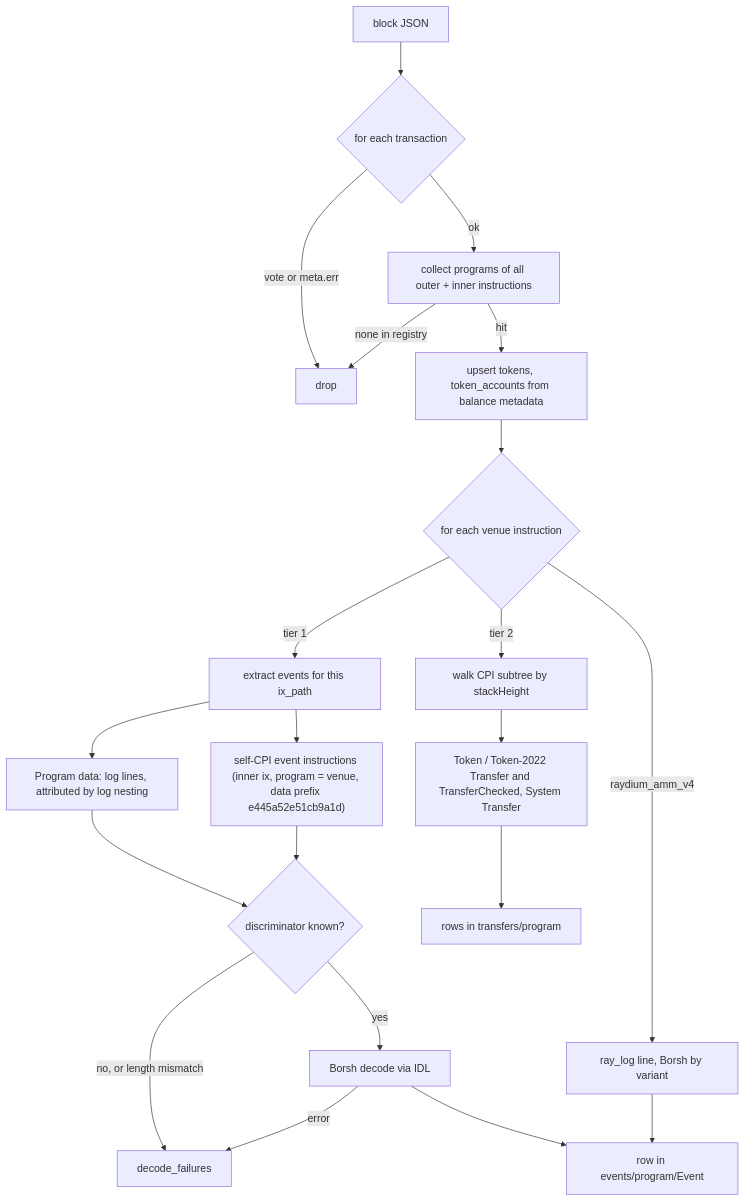
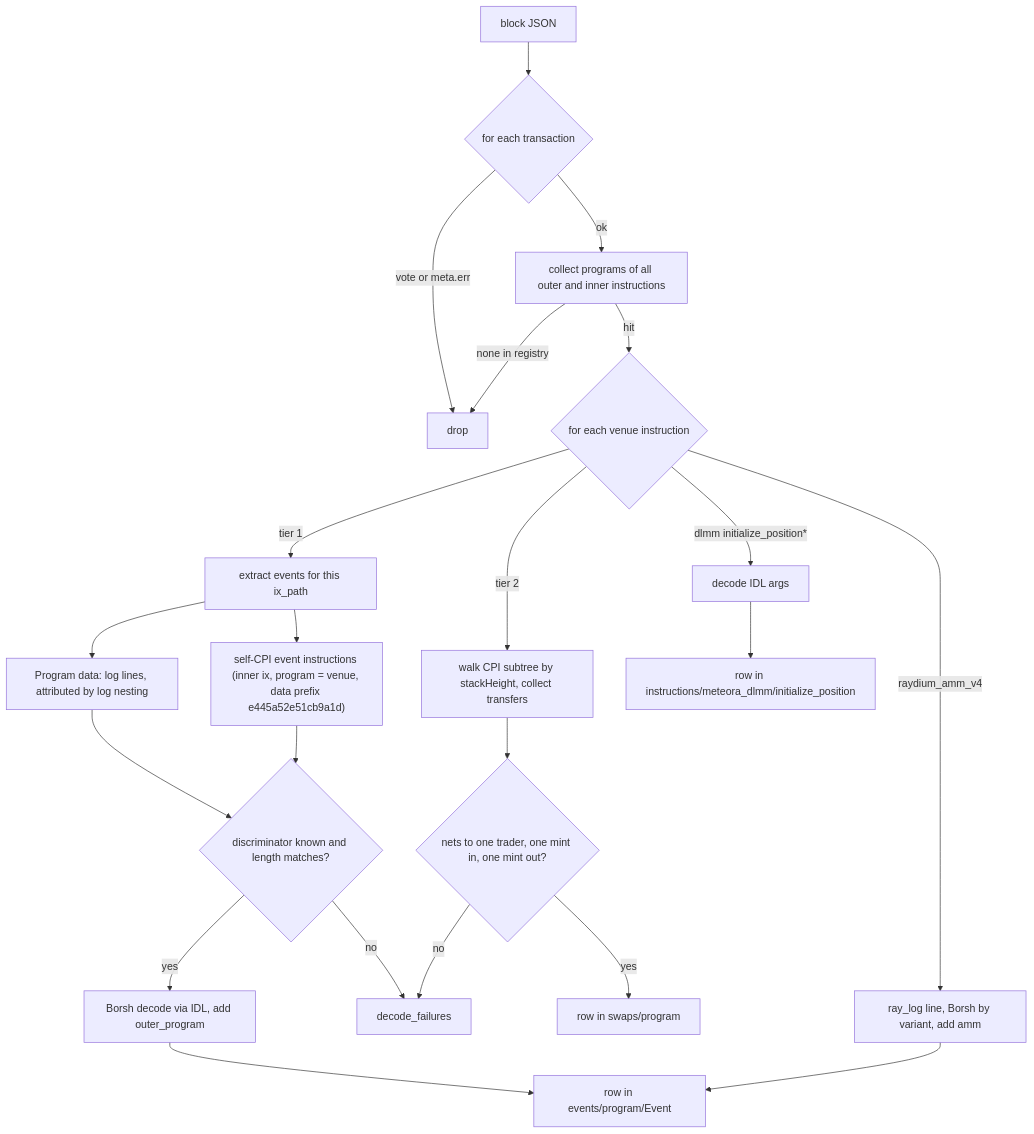
Before and after one commit to Noobmaster169/liquidity-data: the fifth of 5 diagrams in docs/superpowers/specs/2026-10-15-fiber-data-collector-design.md, drawn with Mermaid. The commit also changed other lines of this file, not shown here.

Commit message:
Spec: approved schema, envelope with outer_program, tier 2 swap rows, DLMM initialize_position table

````diff
--- a/docs/superpowers/specs/2026-10-15-fiber-data-collector-design.md
+++ b/docs/superpowers/specs/2026-10-15-fiber-data-collector-design.md
@@ -370,19 +450,20 @@
 ```mermaid
 flowchart TD
     B[block JSON] --> T{for each transaction}
     T -->|"vote or meta.err"| DROP[drop]
-    T -->|ok| P[collect programs of all outer + inner instructions]
+    T -->|ok| P[collect programs of all outer and inner instructions]
     P -->|none in registry| DROP
-    P -->|hit| K[upsert tokens, token_accounts from balance metadata]
-    K --> I{for each venue instruction}
+    P -->|hit| I{for each venue instruction}
     I -->|tier 1| E[extract events for this ix_path]
     E --> E1["Program data: log lines, attributed by log nesting"]
     E --> E2["self-CPI event instructions (inner ix, program = venue, data prefix e445a52e51cb9a1d)"]
-    E1 & E2 --> DIS{discriminator known?}
-    DIS -->|yes| BOR[Borsh decode via IDL] --> ROW[row in events/program/Event]
-    DIS -->|"no, or length mismatch"| FAIL[decode_failures]
-    BOR -->|error| FAIL
-    I -->|tier 2| X[walk CPI subtree by stackHeight]
-    X --> TRF["Token / Token-2022 Transfer and TransferChecked, System Transfer"] --> ROW2[rows in transfers/program]
-    I -->|raydium_amm_v4| RAY["ray_log line, Borsh by variant"] --> ROW
+    E1 & E2 --> DIS{discriminator known and length matches?}
+    DIS -->|yes| BOR["Borsh decode via IDL, add outer_program"] --> ROW["row in events/program/Event"]
+    DIS -->|no| FAIL[decode_failures]
+    I -->|tier 2| X[walk CPI subtree by stackHeight, collect transfers]
+    X --> NET{nets to one trader, one mint in, one mint out?}
+    NET -->|yes| ROW2["row in swaps/program"]
+    NET -->|no| FAIL
+    I -->|raydium_amm_v4| RAY["ray_log line, Borsh by variant, add amm"] --> ROW
+    I -->|"dlmm initialize_position*"| ARGS["decode IDL args"] --> ROW3["row in instructions/meteora_dlmm/initialize_position"]
 ```
````
